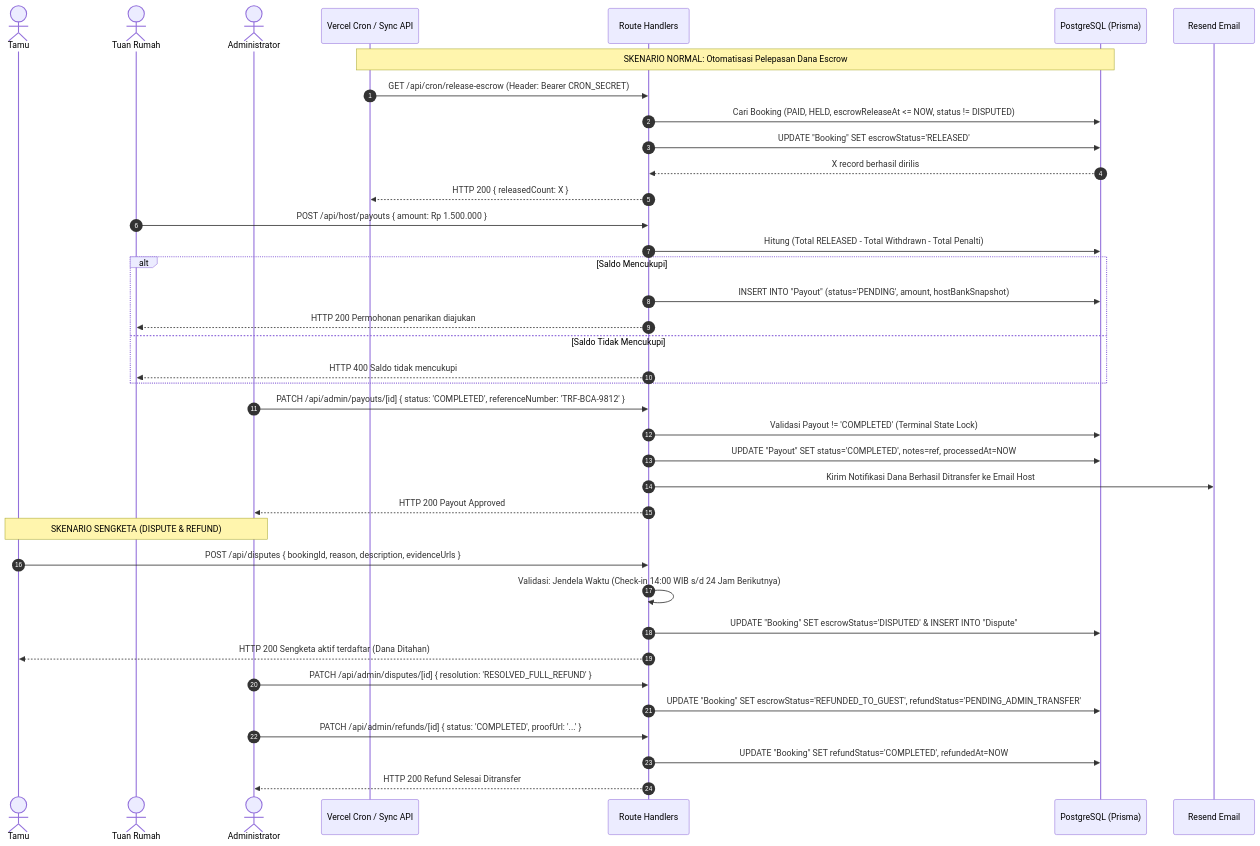
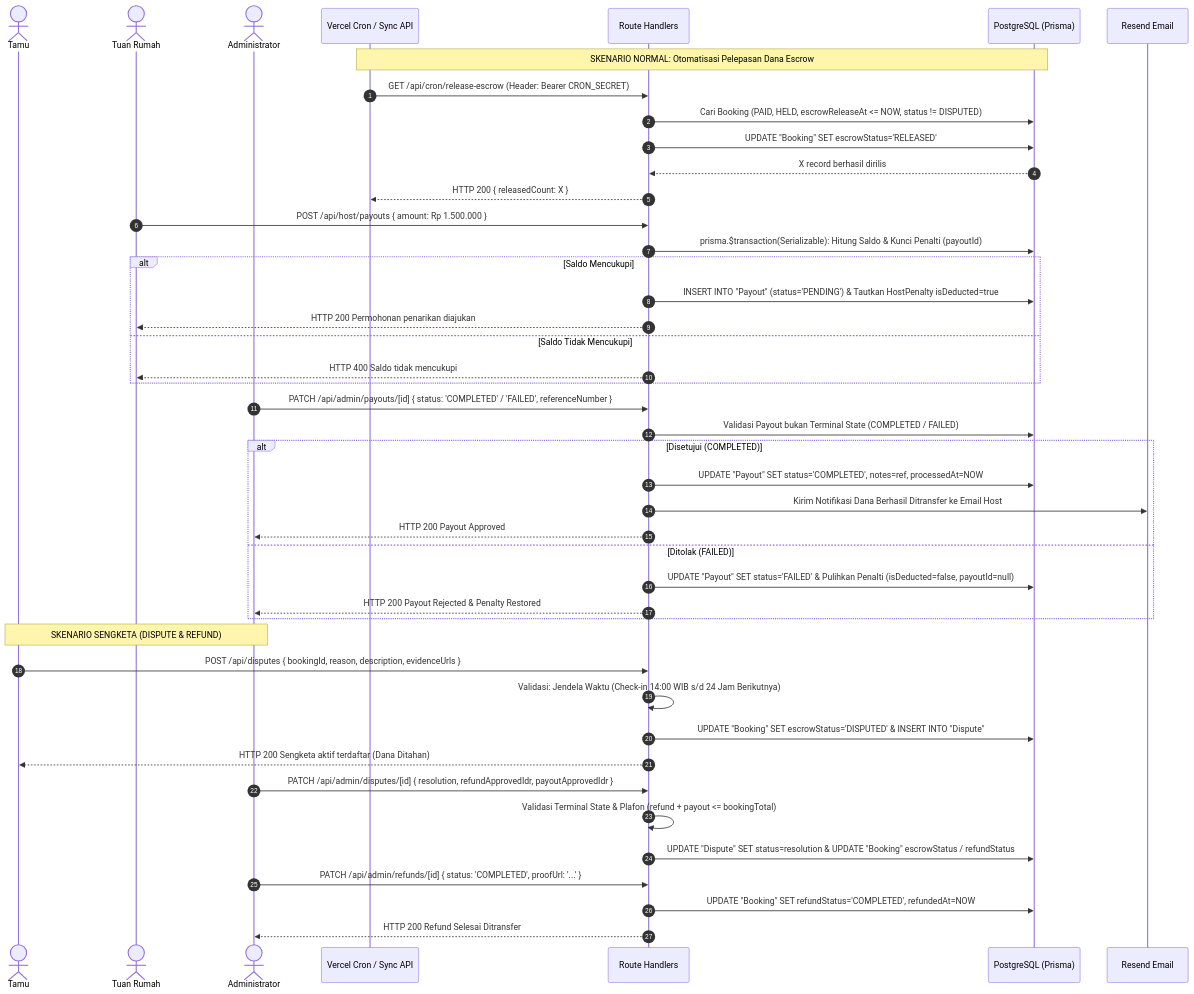
The eighth of 9 diagrams in ARCHITECTURE.md (fadhilsyauqy/ruang-rehat-projects), drawn with Mermaid before and after one commit. The commit also changed other lines of this file and 1 other file, not shown here.

Commit message:
docs: synchronize system architecture and readme with backend security hardening

````diff
--- a/ARCHITECTURE.md
+++ b/ARCHITECTURE.md
@@ -589,45 +593,51 @@
 ```mermaid
 sequenceDiagram
     autonumber
     actor Guest as Tamu
     actor Host as Tuan Rumah
     actor Admin as Administrator
     participant Cron as Vercel Cron / Sync API
     participant API as Route Handlers
     participant DB as PostgreSQL (Prisma)
     participant Resend as Resend Email
 
     Note over Cron,DB: SKENARIO NORMAL: Otomatisasi Pelepasan Dana Escrow
     Cron->>API: GET /api/cron/release-escrow (Header: Bearer CRON_SECRET)
     API->>DB: Cari Booking (PAID, HELD, escrowReleaseAt <= NOW, status != DISPUTED)
     API->>DB: UPDATE "Booking" SET escrowStatus='RELEASED'
     DB-->>API: X record berhasil dirilis
     API-->>Cron: HTTP 200 { releasedCount: X }
 
     Host->>API: POST /api/host/payouts { amount: Rp 1.500.000 }
-    API->>DB: Hitung (Total RELEASED - Total Withdrawn - Total Penalti)
+    API->>DB: prisma.$transaction(Serializable): Hitung Saldo & Kunci Penalti (payoutId)
     alt Saldo Mencukupi
-        API->>DB: INSERT INTO "Payout" (status='PENDING', amount, hostBankSnapshot)
+        API->>DB: INSERT INTO "Payout" (status='PENDING') & Tautkan HostPenalty isDeducted=true
         API-->>Host: HTTP 200 Permohonan penarikan diajukan
     else Saldo Tidak Mencukupi
         API-->>Host: HTTP 400 Saldo tidak mencukupi
     end
 
-    Admin->>API: PATCH /api/admin/payouts/[id] { status: 'COMPLETED', referenceNumber: 'TRF-BCA-9812' }
-    API->>DB: Validasi Payout != 'COMPLETED' (Terminal State Lock)
-    API->>DB: UPDATE "Payout" SET status='COMPLETED', notes=ref, processedAt=NOW
-    API->>Resend: Kirim Notifikasi Dana Berhasil Ditransfer ke Email Host
-    API-->>Admin: HTTP 200 Payout Approved
+    Admin->>API: PATCH /api/admin/payouts/[id] { status: 'COMPLETED' / 'FAILED', referenceNumber }
+    API->>DB: Validasi Payout bukan Terminal State (COMPLETED / FAILED)
+    alt Disetujui (COMPLETED)
+        API->>DB: UPDATE "Payout" SET status='COMPLETED', notes=ref, processedAt=NOW
+        API->>Resend: Kirim Notifikasi Dana Berhasil Ditransfer ke Email Host
+        API-->>Admin: HTTP 200 Payout Approved
+    else Ditolak (FAILED)
+        API->>DB: UPDATE "Payout" SET status='FAILED' & Pulihkan Penalti (isDeducted=false, payoutId=null)
+        API-->>Admin: HTTP 200 Payout Rejected & Penalty Restored
+    end
 
     Note over Guest,Admin: SKENARIO SENGKETA (DISPUTE & REFUND)
     Guest->>API: POST /api/disputes { bookingId, reason, description, evidenceUrls }
     API->>API: Validasi: Jendela Waktu (Check-in 14:00 WIB s/d 24 Jam Berikutnya)
     API->>DB: UPDATE "Booking" SET escrowStatus='DISPUTED' & INSERT INTO "Dispute"
     API-->>Guest: HTTP 200 Sengketa aktif terdaftar (Dana Ditahan)
 
-    Admin->>API: PATCH /api/admin/disputes/[id] { resolution: 'RESOLVED_FULL_REFUND' }
-    API->>DB: UPDATE "Booking" SET escrowStatus='REFUNDED_TO_GUEST', refundStatus='PENDING_ADMIN_TRANSFER'
+    Admin->>API: PATCH /api/admin/disputes/[id] { resolution, refundApprovedIdr, payoutApprovedIdr }
+    API->>API: Validasi Terminal State & Plafon (refund + payout <= bookingTotal)
+    API->>DB: UPDATE "Dispute" SET status=resolution & UPDATE "Booking" escrowStatus / refundStatus
     Admin->>API: PATCH /api/admin/refunds/[id] { status: 'COMPLETED', proofUrl: '...' }
     API->>DB: UPDATE "Booking" SET refundStatus='COMPLETED', refundedAt=NOW
     API-->>Admin: HTTP 200 Refund Selesai Ditransfer
 ```
````
